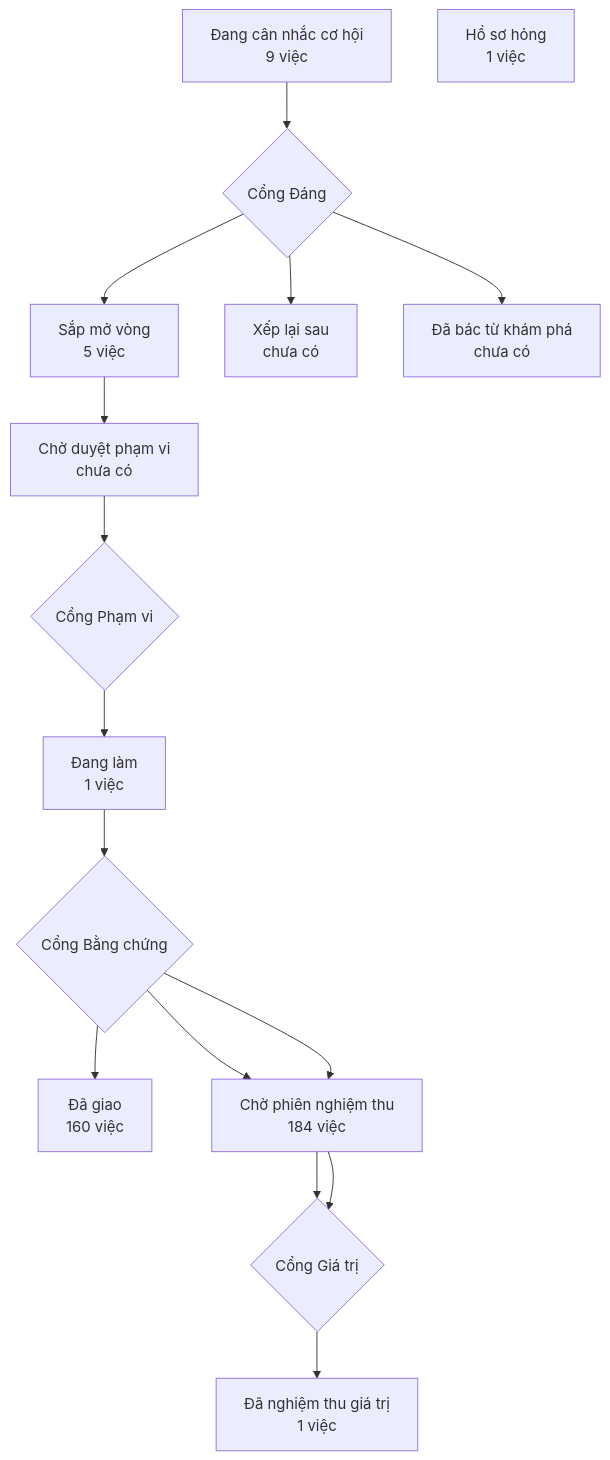
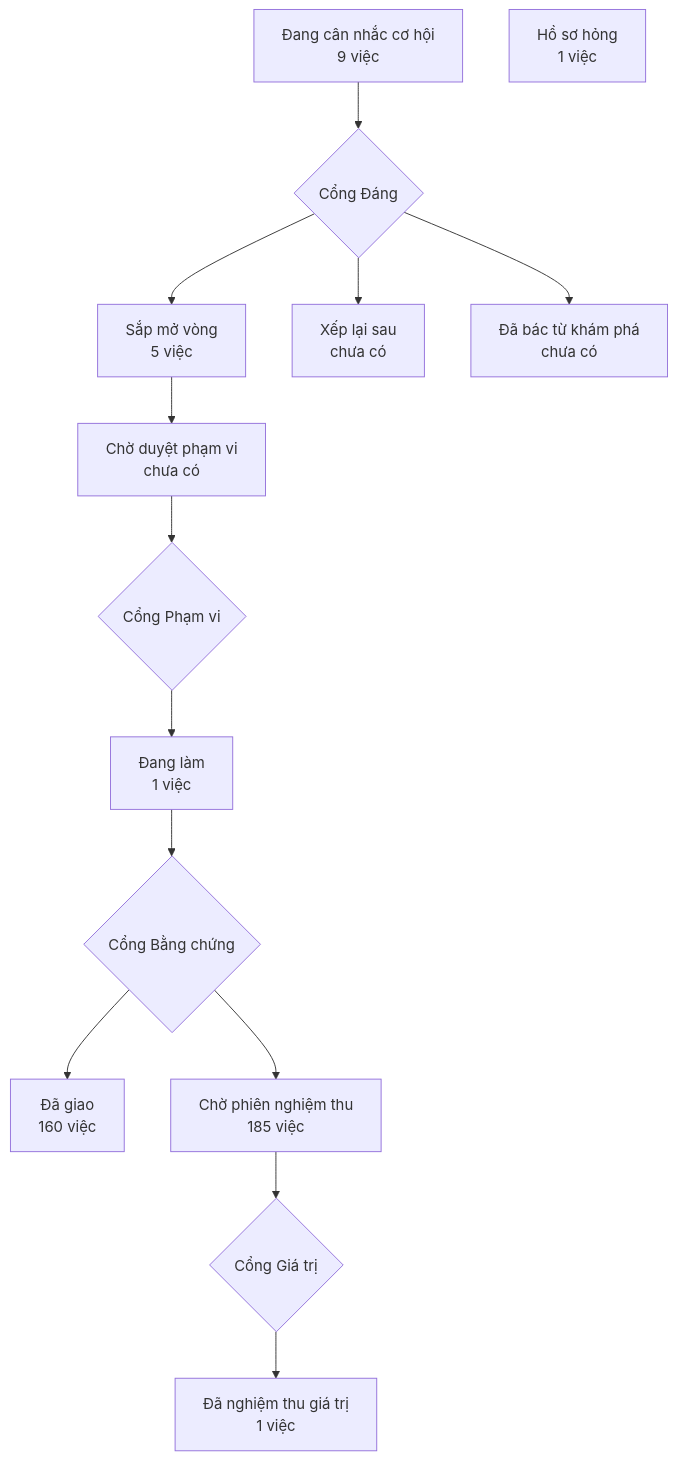
One commit to phanlemanh/crm-onehub changed the diagram in PRODUCT-MAP.md. Above: the diagram before and after it, drawn with Mermaid. The commit also changed 15 other files, not shown here.

````diff
--- a/PRODUCT-MAP.md
+++ b/PRODUCT-MAP.md
@@ -7,14 +7,13 @@
 ```mermaid
 flowchart TD
   A["Đang cân nhắc cơ hội<br/>9 việc"] --> GD{"Cổng Đáng"}
   GD --> B["Sắp mở vòng<br/>5 việc"]
   GD --> XL["Xếp lại sau<br/>chưa có"]
   GD --> DB["Đã bác từ khám phá<br/>chưa có"]
   B --> CD["Chờ duyệt phạm vi<br/>chưa có"] --> GP{"Cổng Phạm vi"}
   GP --> DL["Đang làm<br/>1 việc"] --> GB{"Cổng Bằng chứng"}
   GB --> DG["Đã giao<br/>160 việc"]
-  GB --> CN["Chờ phiên nghiệm thu<br/>183 việc"] --> GG{"Cổng Giá trị"}
-  GB --> CN["Chờ phiên nghiệm thu<br/>184 việc"] --> GG{"Cổng Giá trị"}
+  GB --> CN["Chờ phiên nghiệm thu<br/>185 việc"] --> GG{"Cổng Giá trị"}
   GG --> NT["Đã nghiệm thu giá trị<br/>1 việc"]
   HS["Hồ sơ hỏng<br/>1 việc"]
 ```
````
